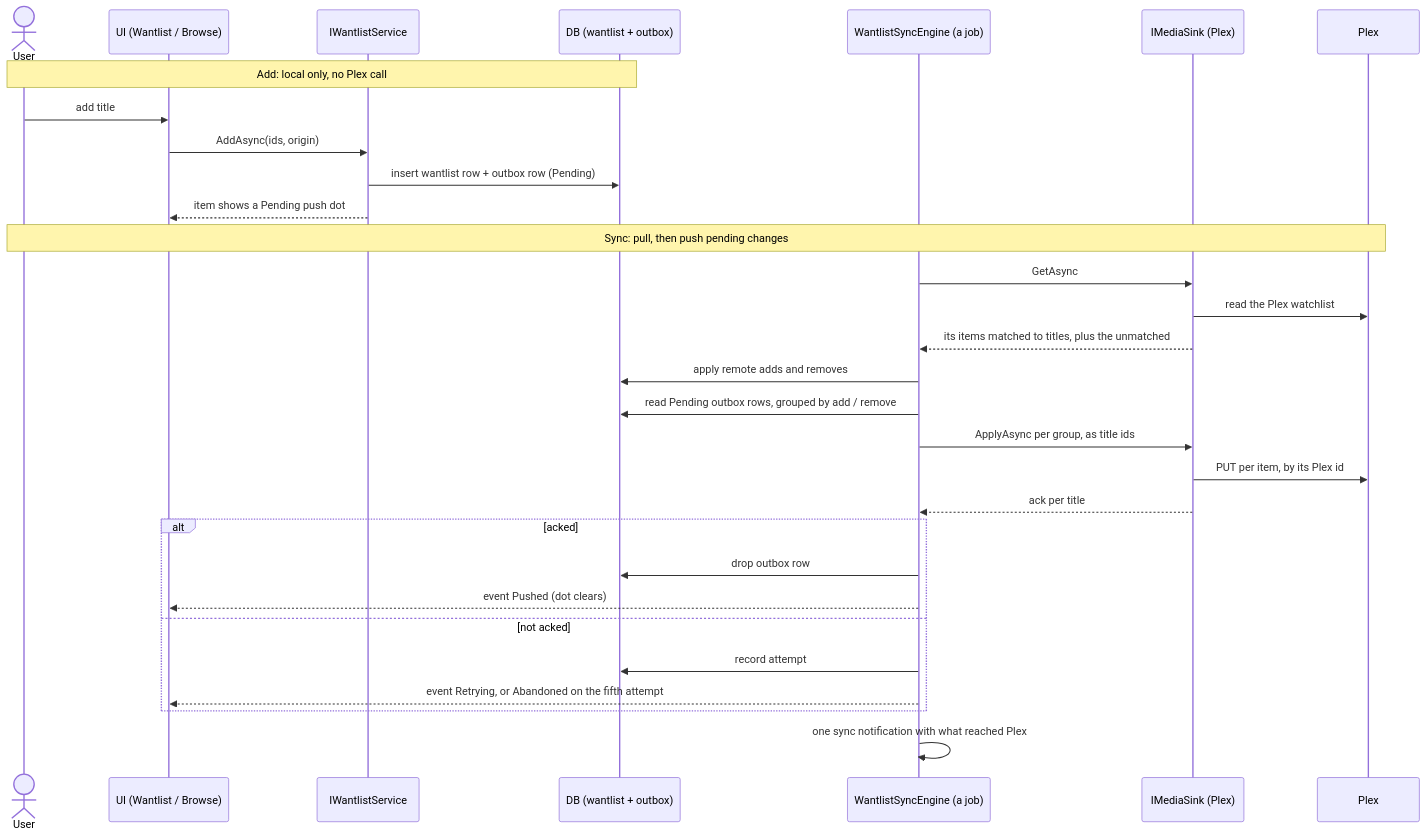
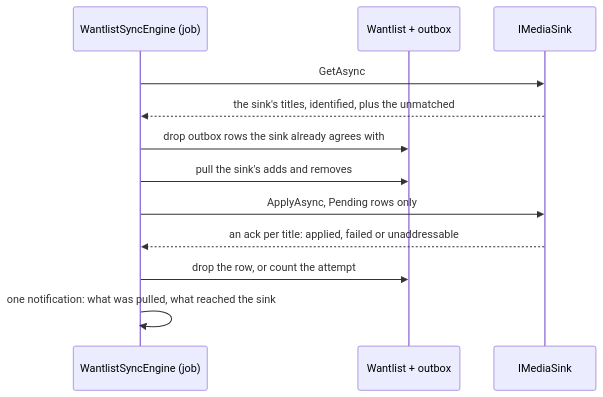
Before and after one commit to daerup/Sammlarr: the second of 3 diagrams in docs/architecture/sections/04-runtime.md, drawn with Mermaid. The commit also changed other lines of this file and 4 other files, not shown here.

Commit message:
docs(architecture): chapters 1 to 5 describe today's Sammlarr

````diff
--- a/docs/architecture/sections/04-runtime.md
+++ b/docs/architecture/sections/04-runtime.md
@@ -295,34 +169,15 @@
 ```mermaid
 sequenceDiagram
-  actor U as User
-  participant W as UI (Wantlist / Browse)
-  participant S as IWantlistService
-  participant DB as DB (wantlist + outbox)
-  participant SE as WantlistSyncEngine (a job)
-  participant PX as IMediaSink (Plex)
-  participant Plex as Plex
+  participant SE as WantlistSyncEngine (job)
+  participant DB as Wantlist + outbox
+  participant K as IMediaSink
 
-  Note over U,DB: Add: local only, no Plex call
-  U->>W: add title
-  W->>S: AddAsync(ids, origin)
-  S->>DB: insert wantlist row + outbox row (Pending)
-  S-->>W: item shows a Pending push dot
-
-  Note over U,Plex: Sync: pull, then push pending changes
-  SE->>PX: GetAsync
-  PX->>Plex: read the Plex watchlist
-  PX-->>SE: its items matched to titles, plus the unmatched
-  SE->>DB: apply remote adds and removes
-  SE->>DB: read Pending outbox rows, grouped by add / remove
-  SE->>PX: ApplyAsync per group, as title ids
-  PX->>Plex: PUT per item, by its Plex id
-  PX-->>SE: ack per title
-  alt acked
-    SE->>DB: drop outbox row
-    SE-->>W: event Pushed (dot clears)
-  else not acked
-    SE->>DB: record attempt
-    SE-->>W: event Retrying, or Abandoned on the fifth attempt
-  end
-  SE->>SE: one sync notification with what reached Plex
+  SE->>K: GetAsync
+  K-->>SE: the sink's titles, identified, plus the unmatched
+  SE->>DB: drop outbox rows the sink already agrees with
+  SE->>DB: pull the sink's adds and removes
+  SE->>K: ApplyAsync, Pending rows only
+  K-->>SE: an ack per title: applied, failed or unaddressable
+  SE->>DB: drop the row, or count the attempt
+  SE->>SE: one notification: what was pulled, what reached the sink
 ```
````
